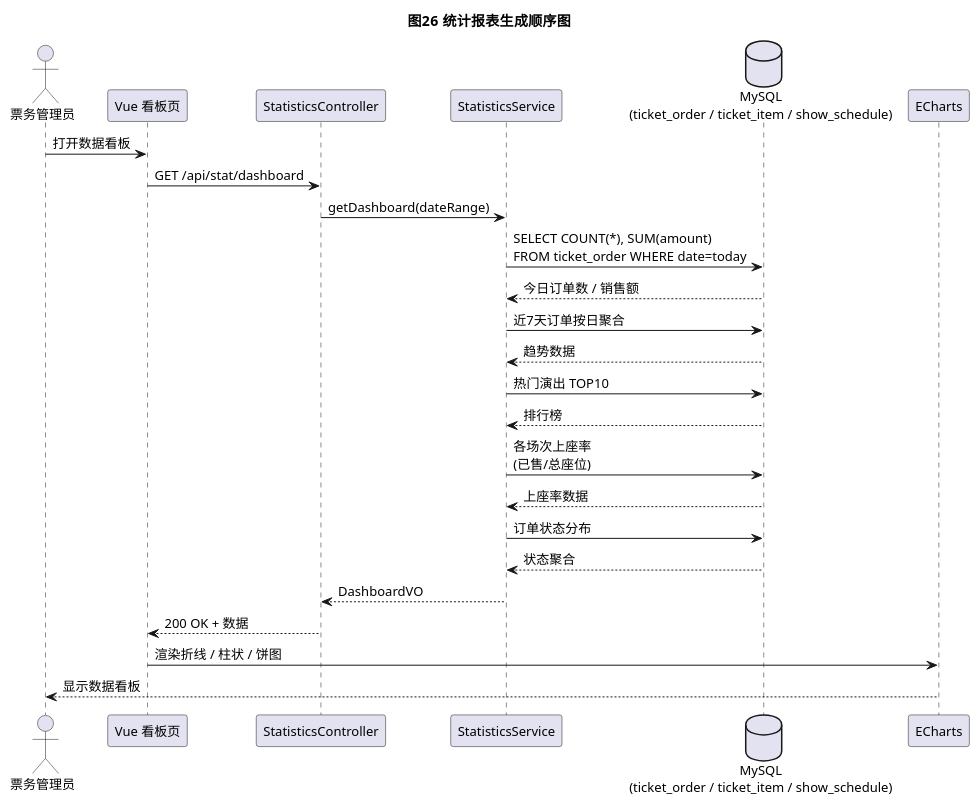
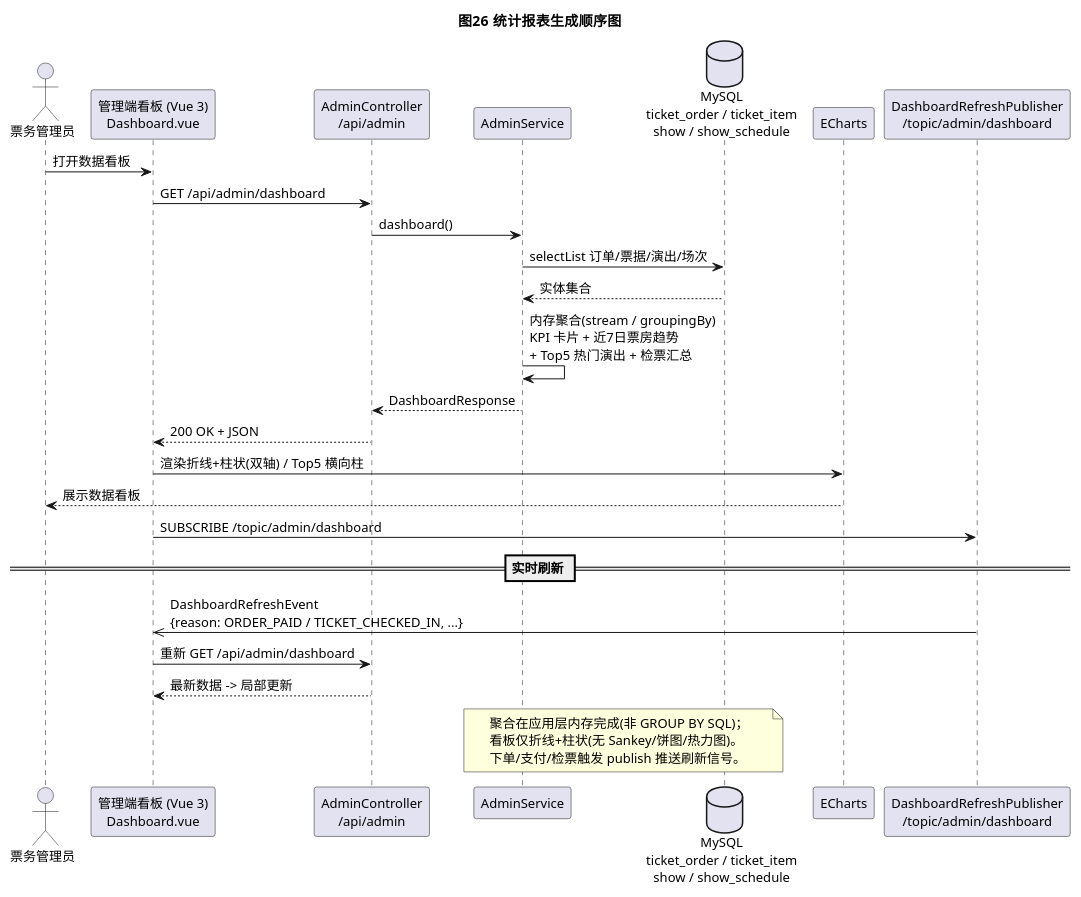
Before and after one commit to L0ne1y4Ever/ENCORE: the diagram in uml-source/figure-19.puml, drawn with PlantUML. The commit also changed 89 other files, not shown here.

```diff
--- a/uml-source/figure-19.puml
+++ b/uml-source/figure-19.puml
@@ -1,32 +1,38 @@
 @startuml
 !pragma teoz true
 skinparam shadowing false
 skinparam DefaultFontName "Microsoft YaHei"
 skinparam DefaultFontSize 13
 title 图26  统计报表生成顺序图
 
 actor "票务管理员" as Admin
-participant "Vue 看板页" as FE
-participant "StatisticsController" as Ctrl
-participant "StatisticsService" as SS
-database "MySQL\n(ticket_order / ticket_item / show_schedule)" as DB
+participant "管理端看板 (Vue 3)\nDashboard.vue" as FE
+participant "AdminController\n/api/admin" as Ctrl
+participant "AdminService" as AS
+database "MySQL\nticket_order / ticket_item\nshow / show_schedule" as DB
 participant "ECharts" as Chart
+participant "DashboardRefreshPublisher\n/topic/admin/dashboard" as WS
 
 Admin -> FE : 打开数据看板
-FE -> Ctrl : GET /api/stat/dashboard
-Ctrl -> SS : getDashboard(dateRange)
-SS -> DB : SELECT COUNT(*), SUM(amount)\nFROM ticket_order WHERE date=today
-DB --> SS : 今日订单数 / 销售额
-SS -> DB : 近7天订单按日聚合
-DB --> SS : 趋势数据
-SS -> DB : 热门演出 TOP10
-DB --> SS : 排行榜
-SS -> DB : 各场次上座率\n(已售/总座位)
-DB --> SS : 上座率数据
-SS -> DB : 订单状态分布
-DB --> SS : 状态聚合
-SS --> Ctrl : DashboardVO
-Ctrl --> FE : 200 OK + 数据
-FE -> Chart : 渲染折线 / 柱状 / 饼图
-Chart --> Admin : 显示数据看板
+FE -> Ctrl : GET /api/admin/dashboard
+Ctrl -> AS : dashboard()
+AS -> DB : selectList 订单/票据/演出/场次
+DB --> AS : 实体集合
+AS -> AS : 内存聚合(stream / groupingBy)\nKPI 卡片 + 近7日票房趋势\n+ Top5 热门演出 + 检票汇总
+AS --> Ctrl : DashboardResponse
+Ctrl --> FE : 200 OK + JSON
+FE -> Chart : 渲染折线+柱状(双轴) / Top5 横向柱
+Chart --> Admin : 展示数据看板
+FE -> WS : SUBSCRIBE /topic/admin/dashboard
+
+== 实时刷新 ==
+WS ->> FE : DashboardRefreshEvent\n{reason: ORDER_PAID / TICKET_CHECKED_IN, ...}
+FE -> Ctrl : 重新 GET /api/admin/dashboard
+Ctrl --> FE : 最新数据 -> 局部更新
+
+note over AS, DB
+  聚合在应用层内存完成(非 GROUP BY SQL)；
+  看板仅折线+柱状(无 Sankey/饼图/热力图)。
+  下单/支付/检票触发 publish 推送刷新信号。
+end note
 @enduml
```
